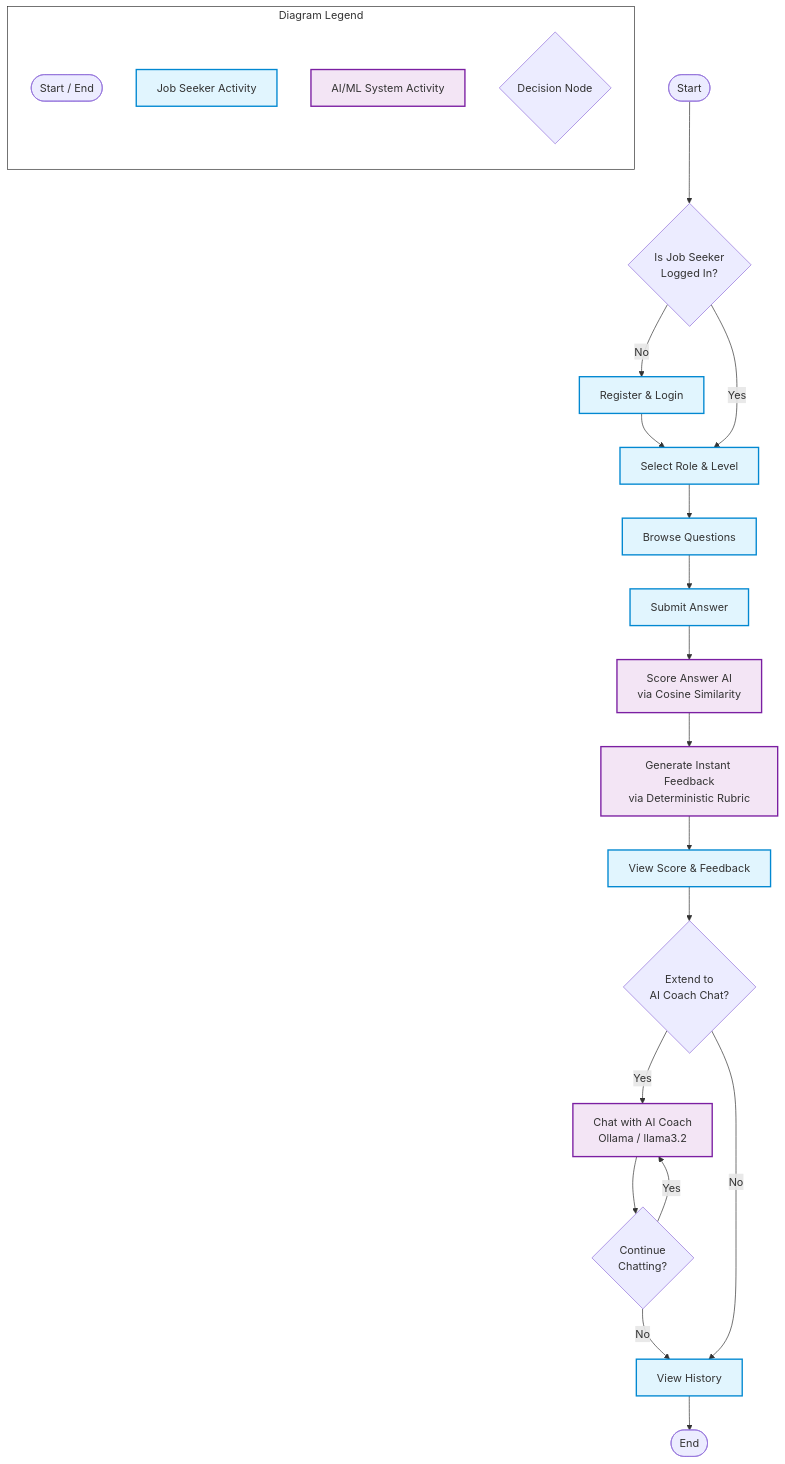
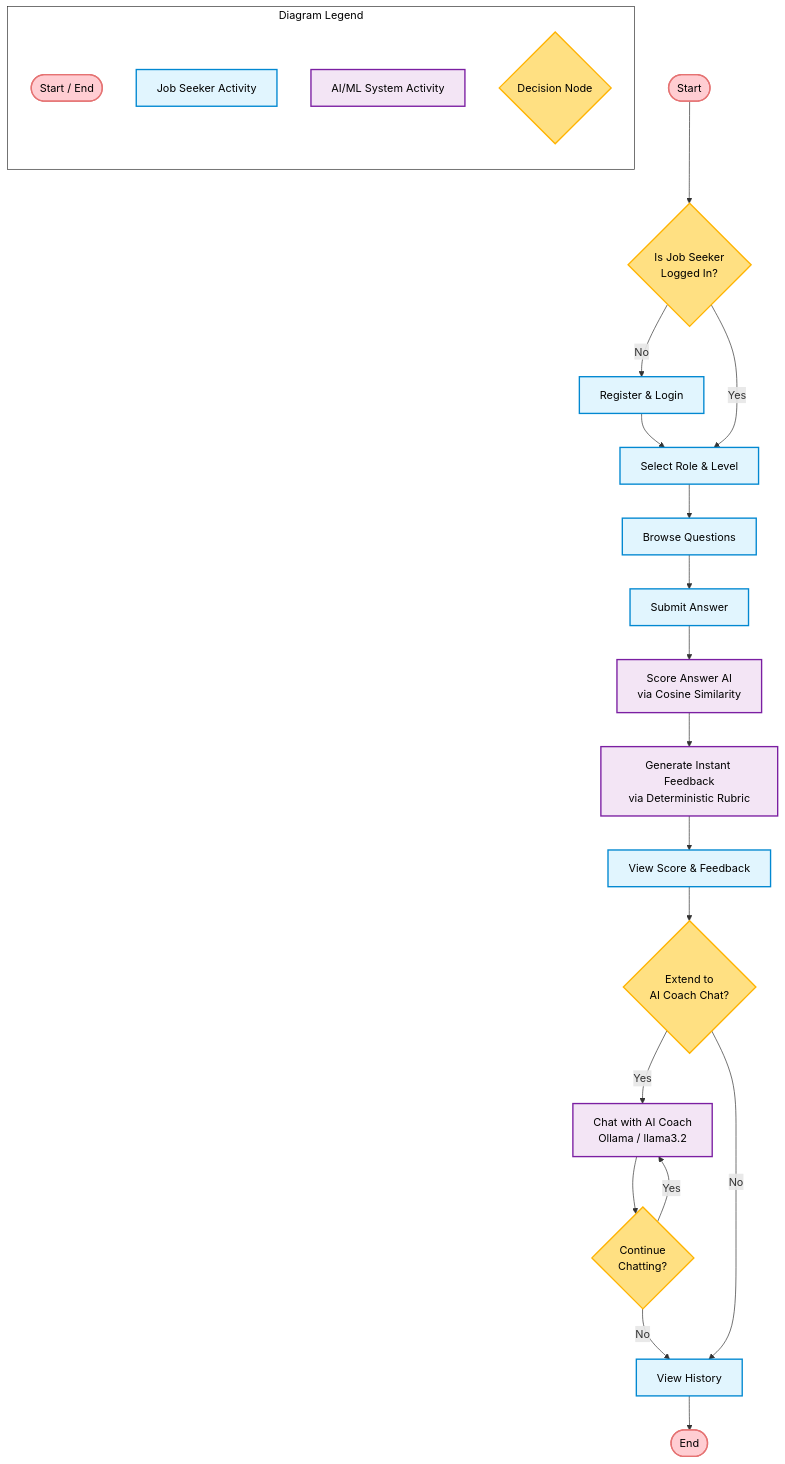
Before and after one commit to Youcheng9/Job-Interview-Prep-Tool: the diagram in Planner&Diagrams/ActivityDiagram.md, drawn with Mermaid.

Commit message:
Modified colors

````diff
--- a/Planner&Diagrams/ActivityDiagram.md
+++ b/Planner&Diagrams/ActivityDiagram.md
@@ -1,44 +1,50 @@
 ```mermaid
 flowchart TD
     %% Styling and Legend
-    classDef userAct fill:#e1f5fe,stroke:#0288d1,stroke-width:2px;
-    classDef sysAct fill:#f3e5f5,stroke:#7b1fa2,stroke-width:2px;
-    classDef legendBox fill:#ffffff,stroke:#333,stroke-width:1px;
+    classDef userAct fill:#e1f5fe,stroke:#0288d1,stroke-width:2px,color:#000000;
+    classDef sysAct fill:#f3e5f5,stroke:#7b1fa2,stroke-width:2px,color:#000000;
+
+    %% Updated node colors
+    classDef darkNode fill:#ffcdd2,stroke:#e57373,stroke-width:2px,color:#000000;
+    classDef decisionNode fill:#ffe082,stroke:#ffb300,stroke-width:2px,color:#000000;
+
+    classDef legendBox fill:#ffffff,stroke:#333,stroke-width:1px,color:#000000;
+    classDef default color:#000000;
 
     subgraph Legend [Diagram Legend]
         direction TB
-        L1([Start / End])
+        L1([Start / End]):::darkNode
         L2[Job Seeker Activity]:::userAct
         L3[AI/ML System Activity]:::sysAct
-        L4{Decision Node}
+        L4{Decision Node}:::decisionNode
     end
     class Legend legendBox
 
     %% Main Execution Flow
-    Start([Start]) --> AuthCheck{Is Job Seeker<br>Logged In?}
+    Start([Start]):::darkNode --> AuthCheck{Is Job Seeker<br>Logged In?}:::decisionNode
     
     AuthCheck -- No --> Login[Register & Login]:::userAct
     Login --> Setup[Select Role & Level]:::userAct
     AuthCheck -- Yes --> Setup
     
     Setup --> Browse[Browse Questions]:::userAct
     Browse --> Submit[Submit Answer]:::userAct
     
     %% System Processing
     Submit --> Score[Score Answer AI<br>via Cosine Similarity]:::sysAct
     Score --> Feedback[Generate Instant Feedback<br>via Deterministic Rubric]:::sysAct
     
     Feedback --> View[View Score & Feedback]:::userAct
     
-    View --> ChatDecision{Extend to<br>AI Coach Chat?}
+    View --> ChatDecision{Extend to<br>AI Coach Chat?}:::decisionNode
     
     %% RAG / Chat Loop
     ChatDecision -- Yes --> Coach[Chat with AI Coach<br>Ollama / llama3.2]:::sysAct
-    Coach --> ContinueDecision{Continue<br>Chatting?}
+    Coach --> ContinueDecision{Continue<br>Chatting?}:::decisionNode
     ContinueDecision -- Yes --> Coach
     ContinueDecision -- No --> History
     
     ChatDecision -- No --> History[View History]:::userAct
     
-    History --> End([End])
+    History --> End([End]):::darkNode
 ```
````
